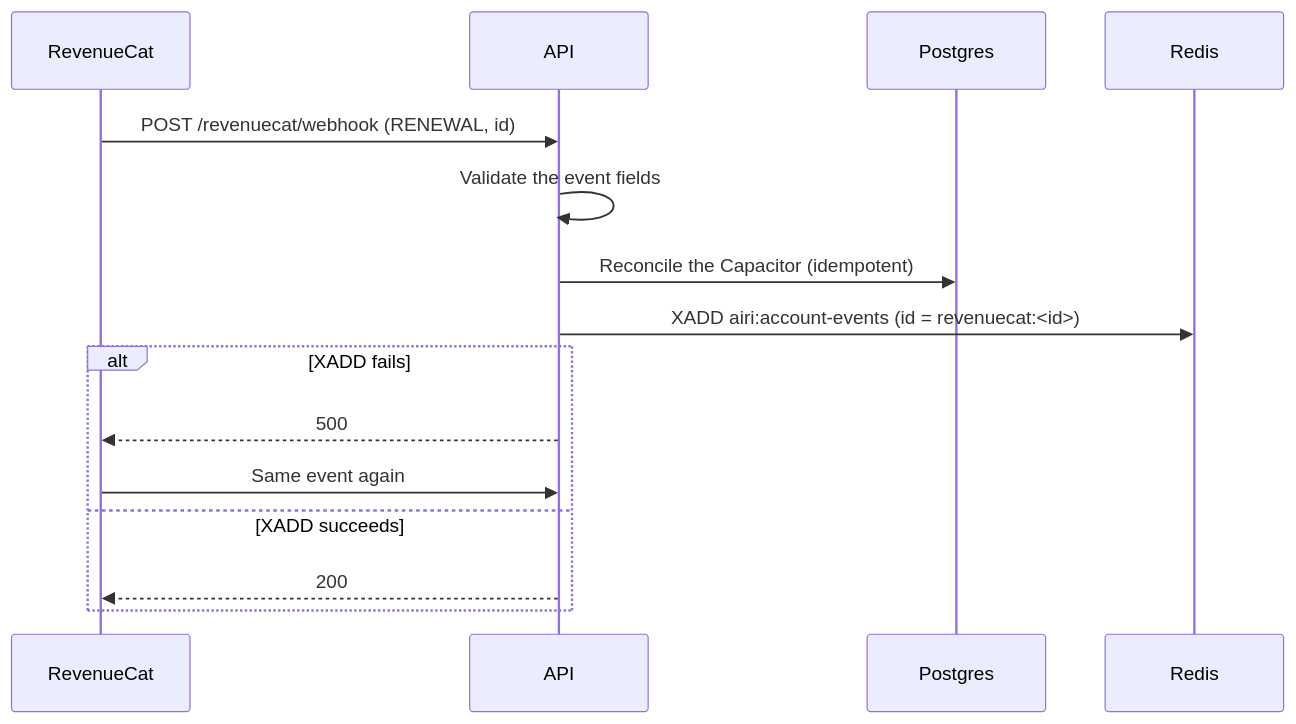
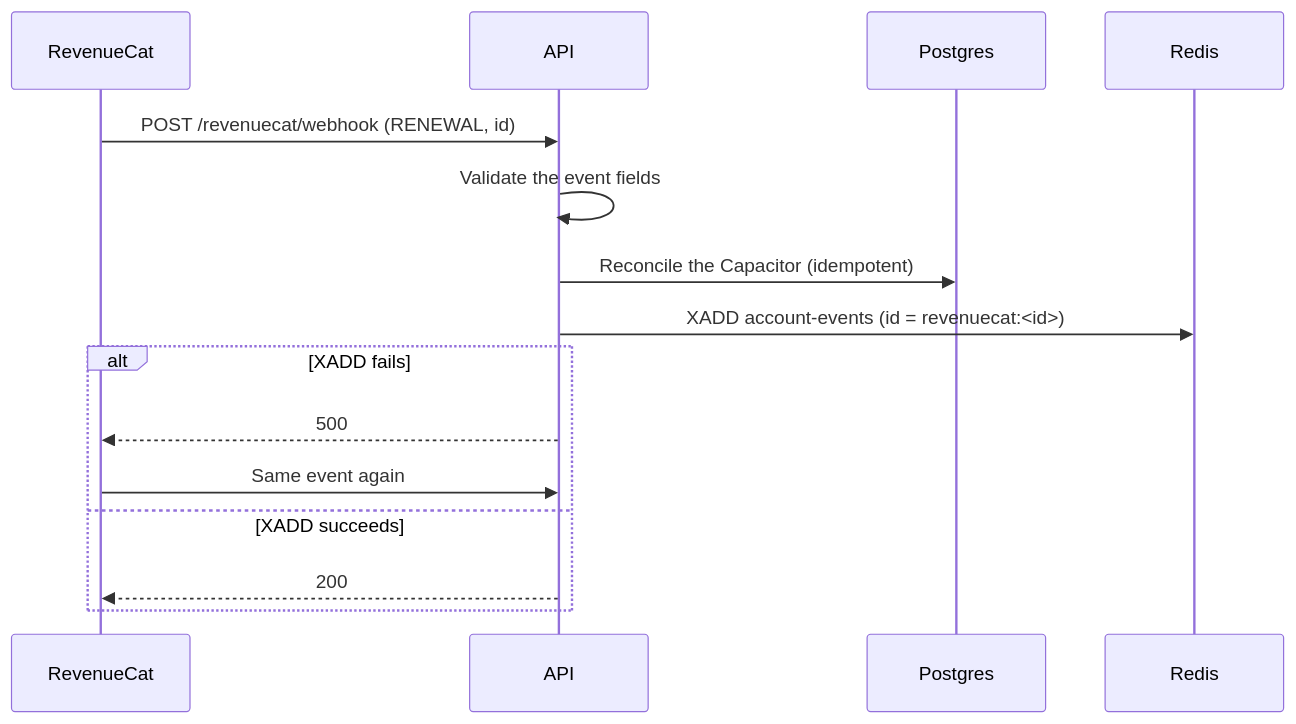
The second of 4 diagrams in server/docs/ai/adr/2026-10-18-account-events-stream.md (moeru-ai/airi), drawn with Mermaid before and after one commit. The commit also changed other lines of this file and 6 other files, not shown here.

First line of the commit message:
refactor(api): drop the airi prefix from the account events stream key

````diff
--- a/server/docs/ai/adr/2026-10-18-account-events-stream.md
+++ b/server/docs/ai/adr/2026-10-18-account-events-stream.md
@@ -169,17 +169,17 @@
 ```mermaid
 sequenceDiagram
   participant RC as RevenueCat
   participant API
   participant PG as Postgres
   participant R as Redis
   RC->>API: POST /revenuecat/webhook (RENEWAL, id)
   API->>API: Validate the event fields
   API->>PG: Reconcile the Capacitor (idempotent)
-  API->>R: XADD airi:account-events (id = revenuecat:<id>)
+  API->>R: XADD account-events (id = revenuecat:<id>)
   alt XADD fails
     API-->>RC: 500
     RC->>API: Same event again
   else XADD succeeds
     API-->>RC: 200
   end
 ```
````
